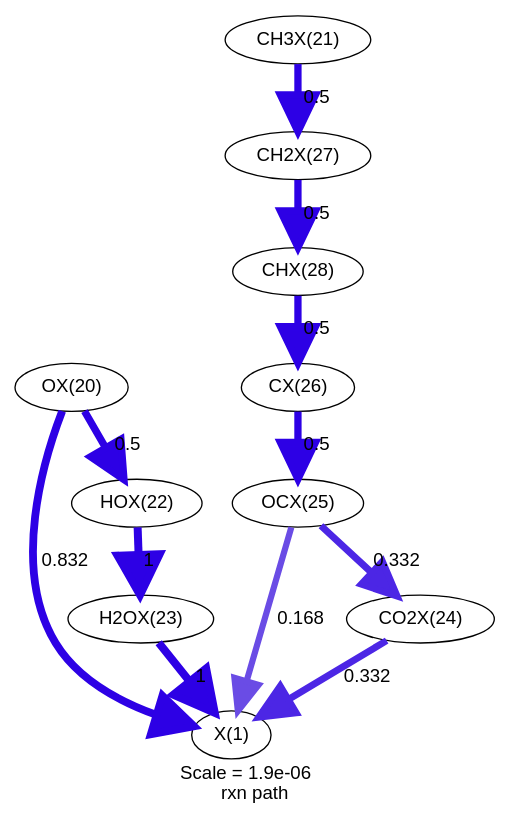
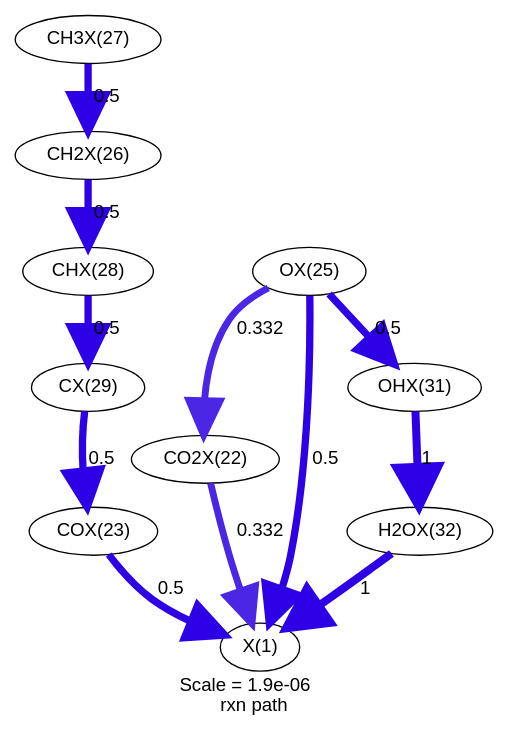
The diagram in rh/rxnpath/rxnpath-0.6-x-10.0mm.dot (comocheng/cpox), drawn with Graphviz before and after one commit. The commit also changed 539 other files, not shown here.

```diff
--- a/rh/rxnpath/rxnpath-0.6-x-10.0mm.dot
+++ b/rh/rxnpath/rxnpath-0.6-x-10.0mm.dot
@@ -1,37 +1,37 @@
 digraph reaction_paths {
 center=1;
-s29 -> s27[fontname="Helvetica", penwidth=5.86, arrowsize=2.93, color="0.7, 1.33, 0.9"
-, label=" 0.832"];
-s34 -> s27[fontname="Helvetica", penwidth=4.65, arrowsize=2.33, color="0.7, 0.668, 0.9"
-, label=" 0.168"];
-s32 -> s27[fontname="Helvetica", penwidth=6, arrowsize=3, color="0.7, 1.5, 0.9"
+s24 -> s22[fontname="Helvetica", penwidth=5.17, arrowsize=2.58, color="0.7, 0.832, 0.9"
+, label=" 0.332"];
+s25 -> s22[fontname="Helvetica", penwidth=5.48, arrowsize=2.74, color="0.7, 1, 0.9"
+, label=" 0.5"];
+s27 -> s22[fontname="Helvetica", penwidth=5.48, arrowsize=2.74, color="0.7, 1, 0.9"
+, label=" 0.5"];
+s34 -> s22[fontname="Helvetica", penwidth=6, arrowsize=3, color="0.7, 1.5, 0.9"
 , label=" 1"];
-s33 -> s27[fontname="Helvetica", penwidth=5.17, arrowsize=2.58, color="0.7, 0.832, 0.9"
+s27 -> s24[fontname="Helvetica", penwidth=5.17, arrowsize=2.58, color="0.7, 0.832, 0.9"
 , label=" 0.332"];
-s29 -> s31[fontname="Helvetica", penwidth=5.48, arrowsize=2.74, color="0.7, 1, 0.9"
+s31 -> s25[fontname="Helvetica", penwidth=5.48, arrowsize=2.74, color="0.7, 1, 0.9"
 , label=" 0.5"];
-s31 -> s32[fontname="Helvetica", penwidth=6, arrowsize=3, color="0.7, 1.5, 0.9"
+s27 -> s33[fontname="Helvetica", penwidth=5.48, arrowsize=2.74, color="0.7, 1, 0.9"
+, label=" 0.5"];
+s29 -> s28[fontname="Helvetica", penwidth=5.48, arrowsize=2.74, color="0.7, 1, 0.9"
+, label=" 0.5"];
+s28 -> s30[fontname="Helvetica", penwidth=5.48, arrowsize=2.74, color="0.7, 1, 0.9"
+, label=" 0.5"];
+s30 -> s31[fontname="Helvetica", penwidth=5.48, arrowsize=2.74, color="0.7, 1, 0.9"
+, label=" 0.5"];
+s33 -> s34[fontname="Helvetica", penwidth=6, arrowsize=3, color="0.7, 1.5, 0.9"
 , label=" 1"];
-s30 -> s36[fontname="Helvetica", penwidth=5.48, arrowsize=2.74, color="0.7, 1, 0.9"
-, label=" 0.5"];
-s36 -> s37[fontname="Helvetica", penwidth=5.48, arrowsize=2.74, color="0.7, 1, 0.9"
-, label=" 0.5"];
-s37 -> s35[fontname="Helvetica", penwidth=5.48, arrowsize=2.74, color="0.7, 1, 0.9"
-, label=" 0.5"];
-s35 -> s34[fontname="Helvetica", penwidth=5.48, arrowsize=2.74, color="0.7, 1, 0.9"
-, label=" 0.5"];
-s34 -> s33[fontname="Helvetica", penwidth=5.17, arrowsize=2.58, color="0.7, 0.832, 0.9"
-, label=" 0.332"];
-s27 [ fontname="Helvetica", label="X(1)"];
-s29 [ fontname="Helvetica", label="OX(20)"];
-s30 [ fontname="Helvetica", label="CH3X(21)"];
-s31 [ fontname="Helvetica", label="HOX(22)"];
-s32 [ fontname="Helvetica", label="H2OX(23)"];
-s33 [ fontname="Helvetica", label="CO2X(24)"];
-s34 [ fontname="Helvetica", label="OCX(25)"];
-s35 [ fontname="Helvetica", label="CX(26)"];
-s36 [ fontname="Helvetica", label="CH2X(27)"];
-s37 [ fontname="Helvetica", label="CHX(28)"];
+s22 [ fontname="Helvetica", label="X(1)"];
+s24 [ fontname="Helvetica", label="CO2X(22)"];
+s25 [ fontname="Helvetica", label="COX(23)"];
+s27 [ fontname="Helvetica", label="OX(25)"];
+s28 [ fontname="Helvetica", label="CH2X(26)"];
+s29 [ fontname="Helvetica", label="CH3X(27)"];
+s30 [ fontname="Helvetica", label="CHX(28)"];
+s31 [ fontname="Helvetica", label="CX(29)"];
+s33 [ fontname="Helvetica", label="OHX(31)"];
+s34 [ fontname="Helvetica", label="H2OX(32)"];
  label = "Scale = 1.9e-06\l rxn path";
  fontname = "Helvetica";
 }
```
